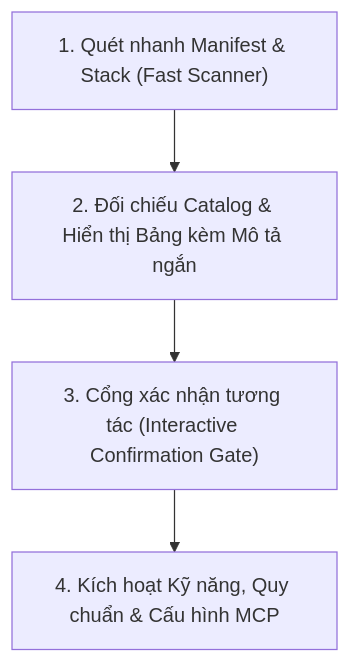
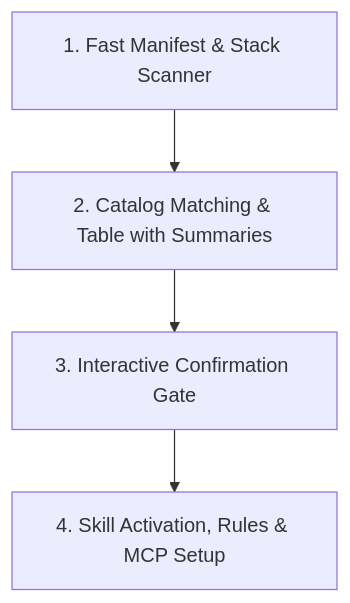
Before and after one commit to ahauy/universal-agents-workflow: the diagram in .agents/skills/engineering/command-skill-setup/SKILL.md, drawn with Mermaid. The commit also changed other lines of this file and 4 other files, not shown here.

````diff
--- a/.agents/skills/engineering/command-skill-setup/SKILL.md
+++ b/.agents/skills/engineering/command-skill-setup/SKILL.md
@@ -27,6 +27,6 @@
 ```mermaid
 flowchart TD
-    A["1. Quét nhanh Manifest & Stack (Fast Scanner)"] --> B["2. Đối chiếu Catalog & Hiển thị Bảng kèm Mô tả ngắn"]
-    B --> C["3. Cổng xác nhận tương tác (Interactive Confirmation Gate)"]
-    C --> D["4. Kích hoạt Kỹ năng, Quy chuẩn & Cấu hình MCP"]
+    A["1. Fast Manifest & Stack Scanner"] --> B["2. Catalog Matching & Table with Summaries"]
+    B --> C["3. Interactive Confirmation Gate"]
+    C --> D["4. Skill Activation, Rules & MCP Setup"]
 ```
````
